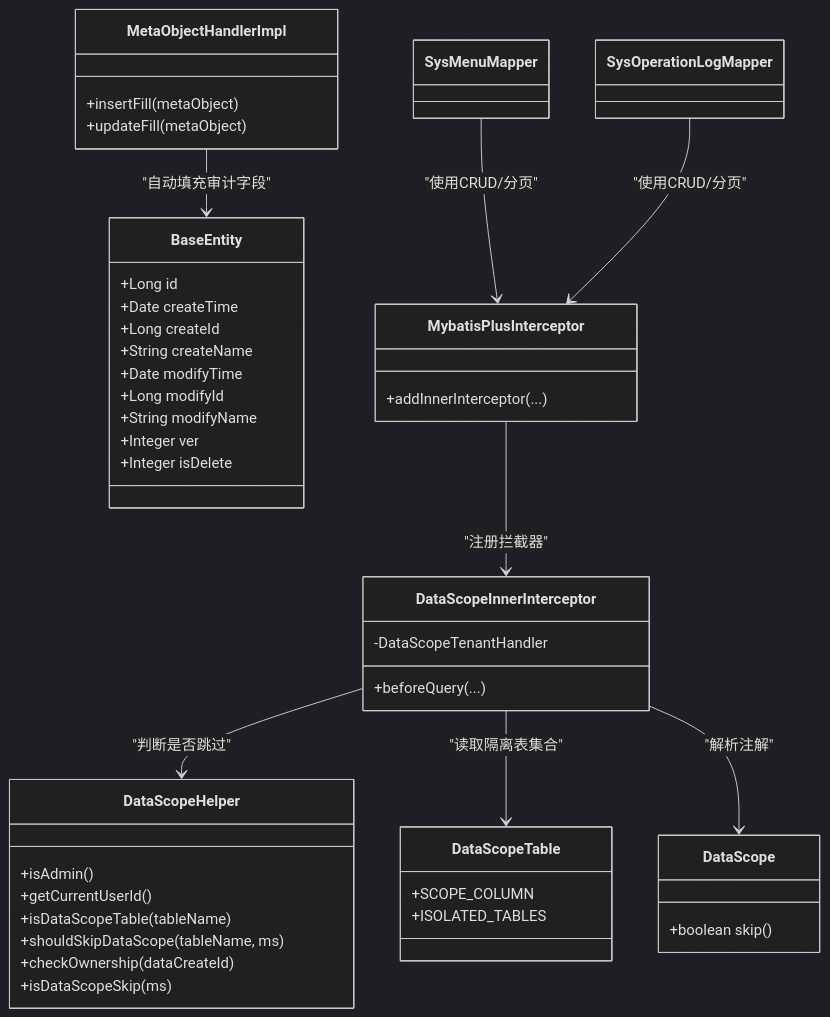
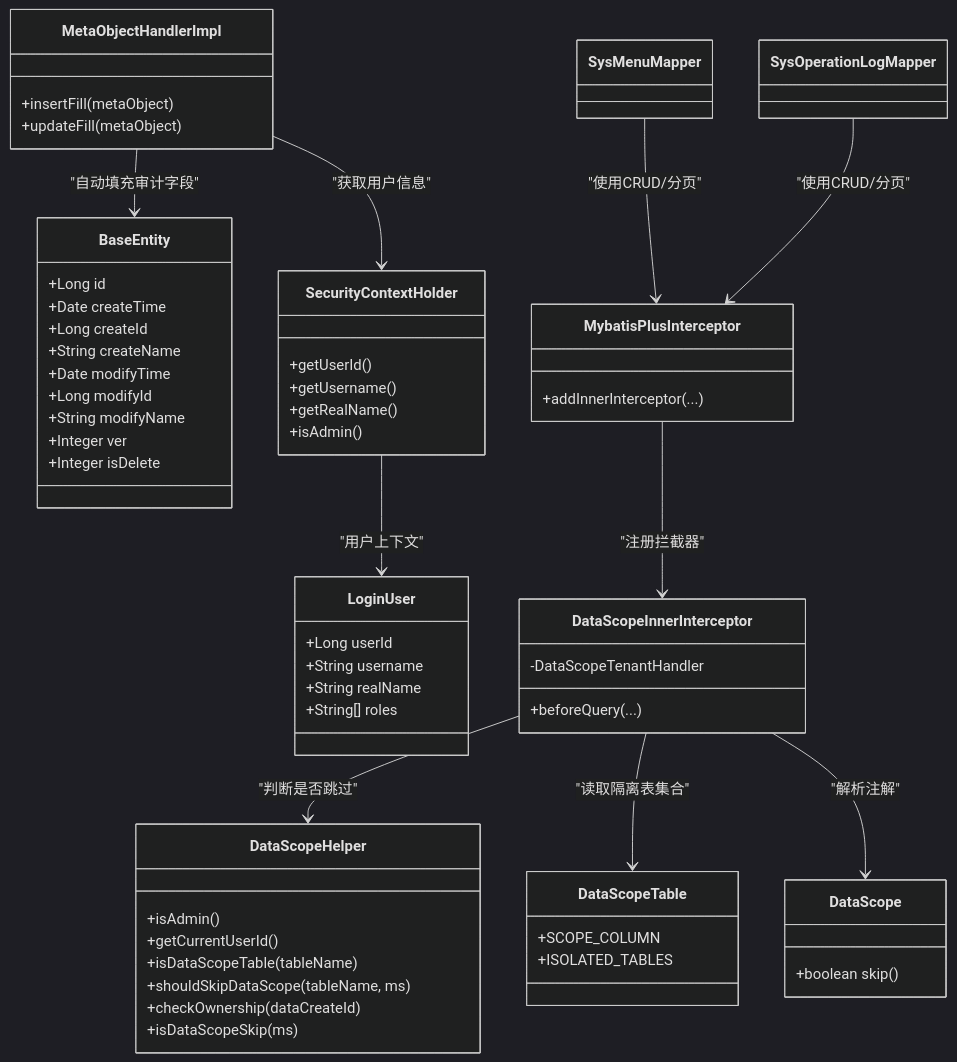
Before and after one commit to DrunkFood/First: the second of 5 diagrams in .qoder/repowiki/zh/content/后端服务/公共模块 (ele-ai-tender-common)/数据访问层封装.md, drawn with Mermaid (dark theme). The commit also changed other lines of this file and 93 other files, not shown here.

````diff
--- a/.qoder/repowiki/zh/content/后端服务/公共模块 (ele-ai-tender-common)/数据访问层封装.md
+++ b/.qoder/repowiki/zh/content/后端服务/公共模块 (ele-ai-tender-common)/数据访问层封装.md
@@ -117,49 +129,63 @@
 ```mermaid
 classDiagram
 class BaseEntity {
 +Long id
 +Date createTime
 +Long createId
 +String createName
 +Date modifyTime
 +Long modifyId
 +String modifyName
 +Integer ver
 +Integer isDelete
 }
 class MetaObjectHandlerImpl {
 +insertFill(metaObject)
 +updateFill(metaObject)
+}
+class LoginUser {
++Long userId
++String username
++String realName
++String[] roles
+}
+class SecurityContextHolder {
++getUserId()
++getUsername()
++getRealName()
++isAdmin()
 }
 class DataScope {
 +boolean skip()
 }
 class DataScopeHelper {
 +isAdmin()
 +getCurrentUserId()
 +isDataScopeTable(tableName)
 +shouldSkipDataScope(tableName, ms)
 +checkOwnership(dataCreateId)
 +isDataScopeSkip(ms)
 }
 class DataScopeTable {
 +SCOPE_COLUMN
 +ISOLATED_TABLES
 }
 class DataScopeInnerInterceptor {
 +beforeQuery(...)
 -DataScopeTenantHandler
 }
 class MybatisPlusInterceptor {
 +addInnerInterceptor(...)
 }
 class SysMenuMapper
 class SysOperationLogMapper
 MetaObjectHandlerImpl --> BaseEntity : "自动填充审计字段"
+MetaObjectHandlerImpl --> SecurityContextHolder : "获取用户信息"
+SecurityContextHolder --> LoginUser : "用户上下文"
 DataScopeInnerInterceptor --> DataScopeHelper : "判断是否跳过"
 DataScopeInnerInterceptor --> DataScopeTable : "读取隔离表集合"
 DataScopeInnerInterceptor --> DataScope : "解析注解"
 MybatisPlusInterceptor --> DataScopeInnerInterceptor : "注册拦截器"
 SysMenuMapper --> MybatisPlusInterceptor : "使用CRUD/分页"
 SysOperationLogMapper --> MybatisPlusInterceptor : "使用CRUD/分页"
 ```
````
